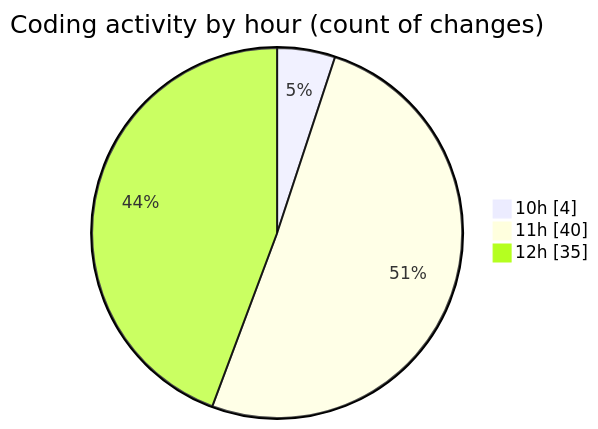
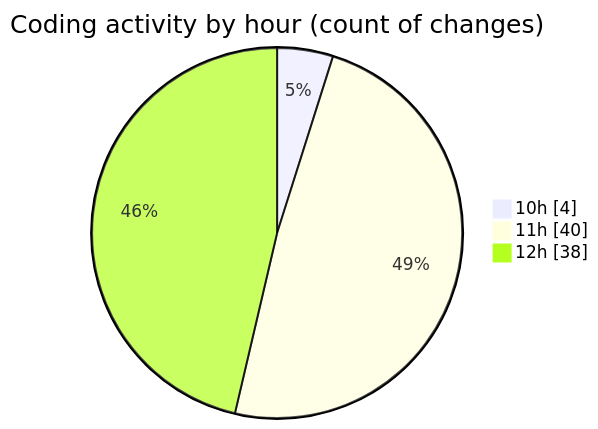
Before and after one commit to nxtqubesakshisongat/code-tracking: the second of 2 diagrams in 2025-07-28/nxtqube_webapp/README.md, drawn with Mermaid. The commit also changed other lines of this file and 1 other file, not shown here.

````diff
--- a/2025-07-28/nxtqube_webapp/README.md
+++ b/2025-07-28/nxtqube_webapp/README.md
@@ -54,7 +54,7 @@
 ```mermaid
 pie showData
 title Coding activity by hour (count of changes)
 "10h" : 4
 "11h" : 40
-"12h" : 35
+"12h" : 38
 ```
````
